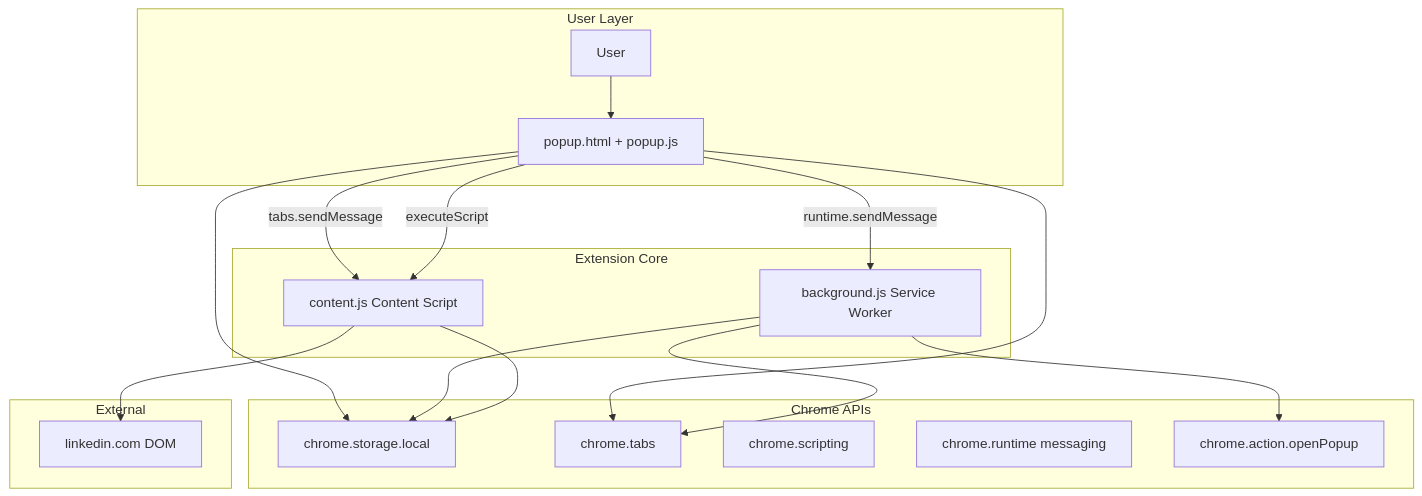
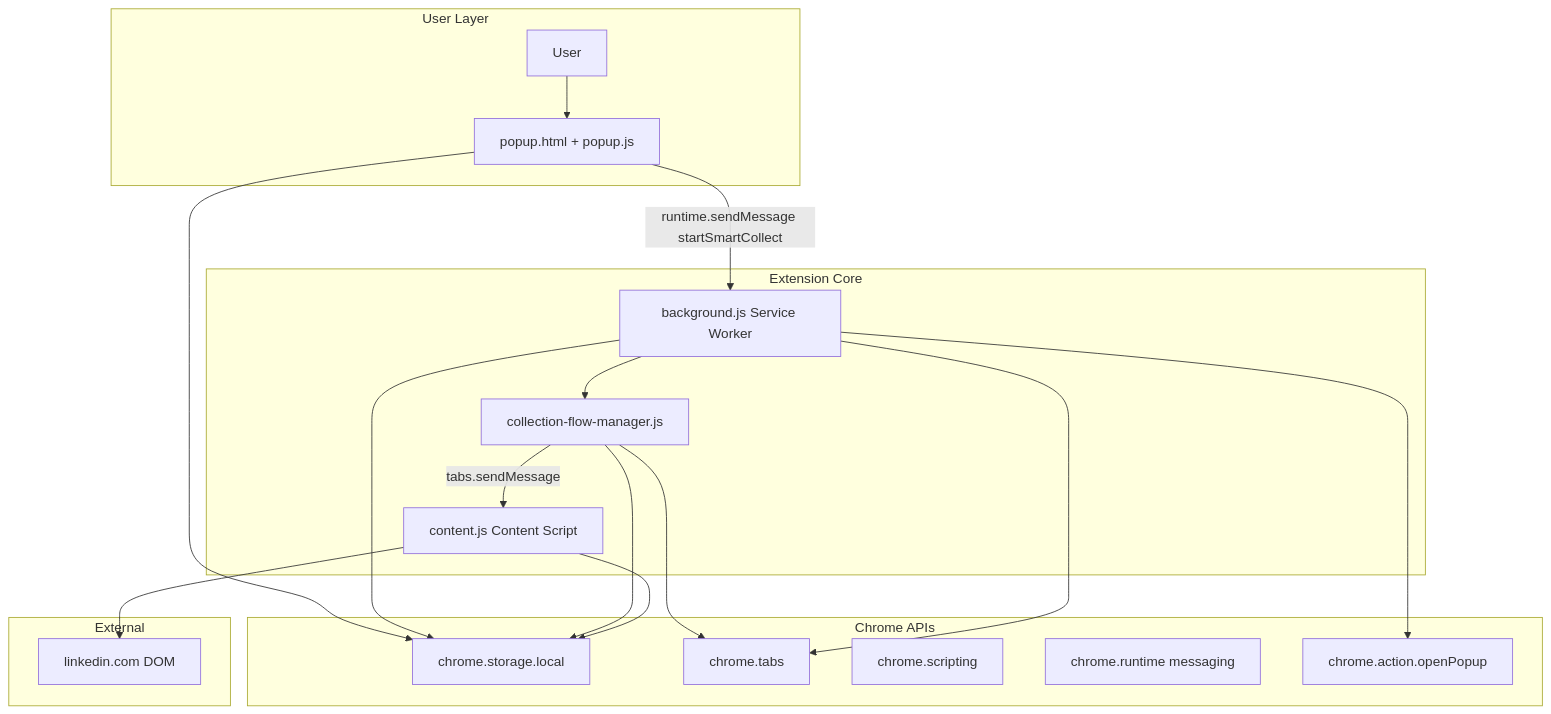
One commit to yagnesh97/reach-in changed the first of 8 diagrams in docs/ARCHITECTURE.md. Above: the diagram before and after it, drawn with Mermaid. The commit also changed other lines of this file and 13 other files, not shown here.

First line of the commit message:
Enhance email collection flow and UI in ReachIn extension

````diff
--- a/docs/ARCHITECTURE.md
+++ b/docs/ARCHITECTURE.md
@@ -35,36 +36,38 @@
 ```mermaid
 flowchart TB
   subgraph userLayer [User Layer]
     User[User]
     PopupUI[popup.html + popup.js]
   end
 
   subgraph extensionCore [Extension Core]
     SW[background.js Service Worker]
+    CFM[collection-flow-manager.js]
     CS[content.js Content Script]
   end
 
   subgraph chromeApis [Chrome APIs]
     Storage[chrome.storage.local]
     Tabs[chrome.tabs]
     Scripting[chrome.scripting]
     Runtime[chrome.runtime messaging]
     Action[chrome.action.openPopup]
   end
 
   subgraph external [External]
     LinkedIn[linkedin.com DOM]
   end
 
   User --> PopupUI
-  PopupUI -->|tabs.sendMessage| CS
-  PopupUI -->|runtime.sendMessage| SW
-  PopupUI -->|executeScript| CS
-  PopupUI --> Tabs
+  PopupUI -->|runtime.sendMessage startSmartCollect| SW
+  SW --> CFM
+  CFM -->|tabs.sendMessage| CS
+  CFM --> Tabs
   PopupUI --> Storage
   SW --> Storage
+  CFM --> Storage
   SW --> Tabs
   SW --> Action
   CS --> Storage
   CS --> LinkedIn
 ```
````
